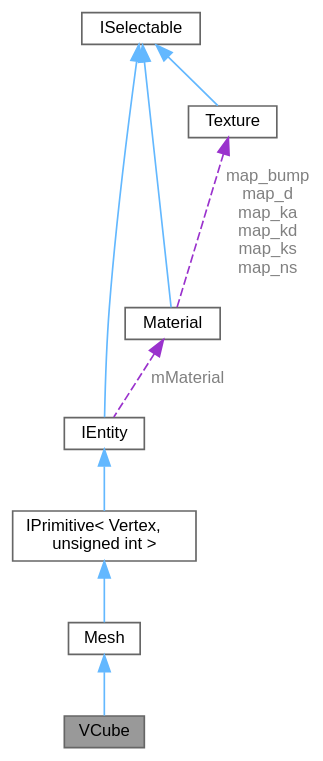
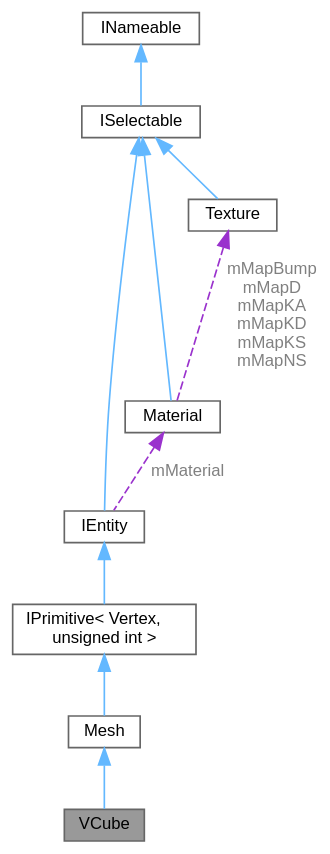
One commit to BlankMat/BlankMat changed the diagram in docs/class_v_cube__coll__graph.dot. Above: the diagram before and after it, drawn with Graphviz. The commit also changed 457 other files, not shown here.

```diff
--- a/docs/class_v_cube__coll__graph.dot
+++ b/docs/class_v_cube__coll__graph.dot
@@ -1,22 +1,24 @@
 digraph "VCube"
 {
  // LATEX_PDF_SIZE
   bgcolor="transparent";
   edge [fontname=Helvetica,fontsize=10,labelfontname=Helvetica,labelfontsize=10];
   node [fontname=Helvetica,fontsize=10,shape=box,height=0.2,width=0.4];
   Node1 [id="Node000001",label="VCube",height=0.2,width=0.4,color="gray40", fillcolor="grey60", style="filled", fontcolor="black",tooltip=" "];
   Node2 -> Node1 [id="edge1_Node000001_Node000002",dir="back",color="steelblue1",style="solid",tooltip=" "];
   Node2 [id="Node000002",label="Mesh",height=0.2,width=0.4,color="gray40", fillcolor="white", style="filled",URL="$class_mesh.html",tooltip=" "];
   Node3 -> Node2 [id="edge2_Node000002_Node000003",dir="back",color="steelblue1",style="solid",tooltip=" "];
   Node3 [id="Node000003",label="IPrimitive\< Vertex,\l unsigned int \>",height=0.2,width=0.4,color="gray40", fillcolor="white", style="filled",URL="$class_i_primitive.html",tooltip=" "];
   Node4 -> Node3 [id="edge3_Node000003_Node000004",dir="back",color="steelblue1",style="solid",tooltip=" "];
   Node4 [id="Node000004",label="IEntity",height=0.2,width=0.4,color="gray40", fillcolor="white", style="filled",URL="$class_i_entity.html",tooltip=" "];
   Node5 -> Node4 [id="edge4_Node000004_Node000005",dir="back",color="steelblue1",style="solid",tooltip=" "];
   Node5 [id="Node000005",label="ISelectable",height=0.2,width=0.4,color="gray40", fillcolor="white", style="filled",URL="$class_i_selectable.html",tooltip="Interface for all items that can be selected to be viewed in the inspector."];
-  Node6 -> Node4 [id="edge5_Node000004_Node000006",dir="back",color="darkorchid3",style="dashed",tooltip=" ",label=" mMaterial",fontcolor="grey" ];
-  Node6 [id="Node000006",label="Material",height=0.2,width=0.4,color="gray40", fillcolor="white", style="filled",URL="$class_material.html",tooltip="Class that stores all texture and render information for a material."];
-  Node5 -> Node6 [id="edge6_Node000006_Node000005",dir="back",color="steelblue1",style="solid",tooltip=" "];
-  Node7 -> Node6 [id="edge7_Node000006_Node000007",dir="back",color="darkorchid3",style="dashed",tooltip=" ",label=" map_bump\nmap_d\nmap_ka\nmap_kd\nmap_ks\nmap_ns",fontcolor="grey" ];
-  Node7 [id="Node000007",label="Texture",height=0.2,width=0.4,color="gray40", fillcolor="white", style="filled",URL="$struct_texture.html",tooltip="A structure that stores a texture file that has been read into the OpenGL context."];
-  Node5 -> Node7 [id="edge8_Node000007_Node000005",dir="back",color="steelblue1",style="solid",tooltip=" "];
+  Node6 -> Node5 [id="edge5_Node000005_Node000006",dir="back",color="steelblue1",style="solid",tooltip=" "];
+  Node6 [id="Node000006",label="INameable",height=0.2,width=0.4,color="gray40", fillcolor="white", style="filled",URL="$class_i_nameable.html",tooltip="An object that keeps track of its name and scope."];
+  Node7 -> Node4 [id="edge6_Node000004_Node000007",dir="back",color="darkorchid3",style="dashed",tooltip=" ",label=" mMaterial",fontcolor="grey" ];
+  Node7 [id="Node000007",label="Material",height=0.2,width=0.4,color="gray40", fillcolor="white", style="filled",URL="$class_material.html",tooltip="Class that stores all texture and render information for a material."];
+  Node5 -> Node7 [id="edge7_Node000007_Node000005",dir="back",color="steelblue1",style="solid",tooltip=" "];
+  Node8 -> Node7 [id="edge8_Node000007_Node000008",dir="back",color="darkorchid3",style="dashed",tooltip=" ",label=" mMapBump\nmMapD\nmMapKA\nmMapKD\nmMapKS\nmMapNS",fontcolor="grey" ];
+  Node8 [id="Node000008",label="Texture",height=0.2,width=0.4,color="gray40", fillcolor="white", style="filled",URL="$struct_texture.html",tooltip="A structure that stores a texture file that has been read into the OpenGL context."];
+  Node5 -> Node8 [id="edge9_Node000008_Node000005",dir="back",color="steelblue1",style="solid",tooltip=" "];
 }
```
